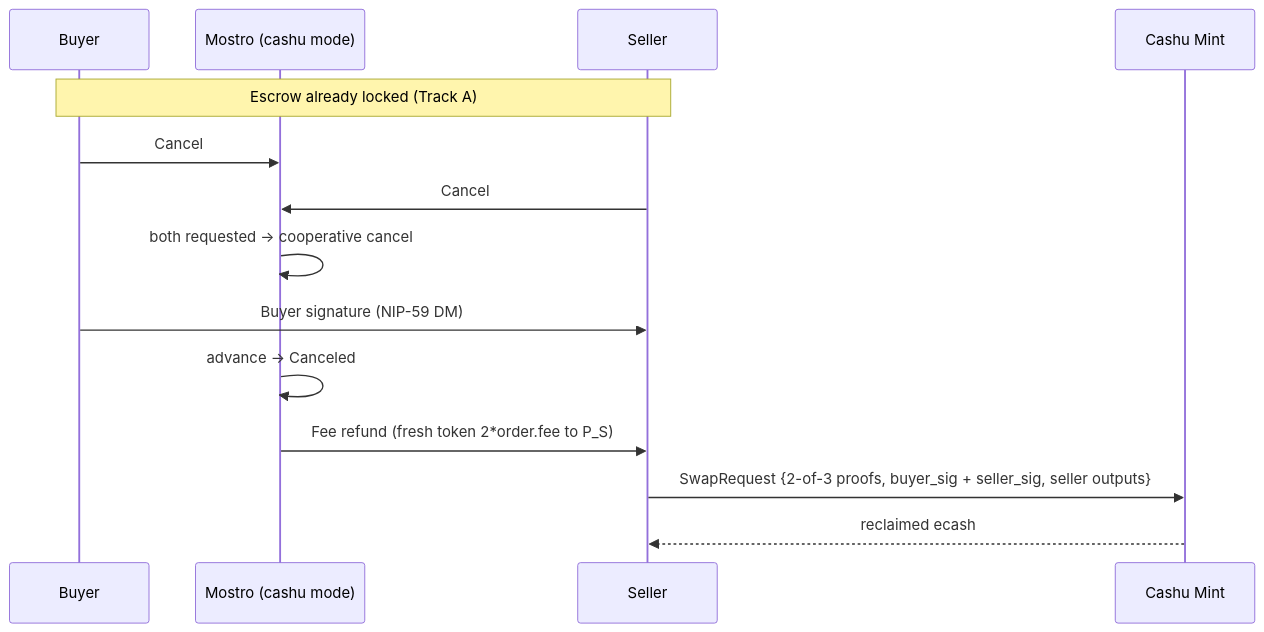
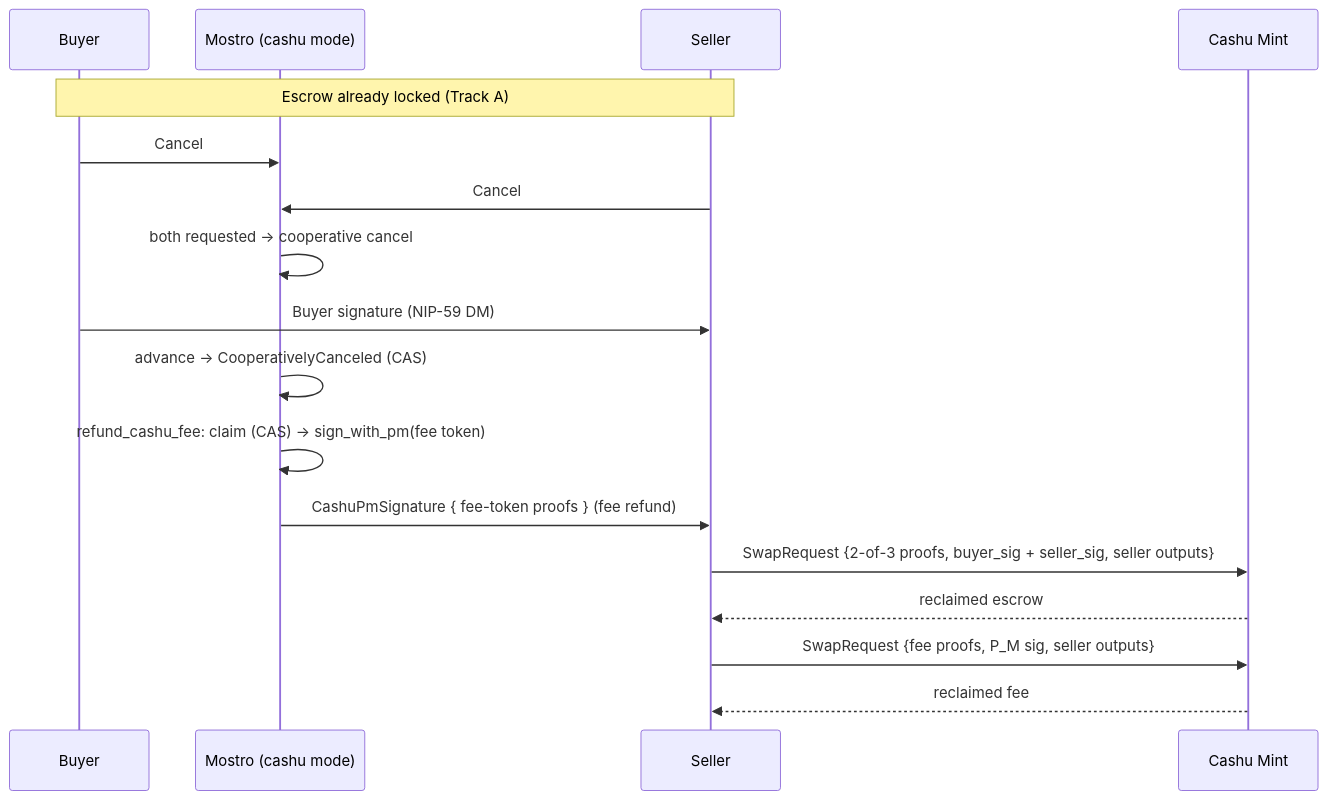
Before and after one commit to MostroP2P/mostro: the diagram in docs/cashu/04-track-c-coop-cancel.md, drawn with Mermaid. The commit also changed other lines of this file and 2 other files, not shown here.

````diff
--- a/docs/cashu/04-track-c-coop-cancel.md
+++ b/docs/cashu/04-track-c-coop-cancel.md
@@ -51,17 +58,20 @@
 ```mermaid
 sequenceDiagram
     participant B as Buyer
     participant M as Mostro (cashu mode)
     participant S as Seller
     participant Mint as Cashu Mint
 
     Note over B,S: Escrow already locked (Track A)
     B->>M: Cancel
     S->>M: Cancel
     M->>M: both requested -> cooperative cancel
     B->>S: Buyer signature (NIP-59 DM)
-    M->>M: advance -> Canceled
-    M->>S: Fee refund (fresh token 2*order.fee to P_S)
+    M->>M: advance -> CooperativelyCanceled (CAS)
+    M->>M: refund_cashu_fee: claim (CAS) -> sign_with_pm(fee token)
+    M->>S: CashuPmSignature { fee-token proofs } (fee refund)
     S->>Mint: SwapRequest {2-of-3 proofs, buyer_sig + seller_sig, seller outputs}
-    Mint-->>S: reclaimed ecash
+    Mint-->>S: reclaimed escrow
+    S->>Mint: SwapRequest {fee proofs, P_M sig, seller outputs}
+    Mint-->>S: reclaimed fee
 ```
````
